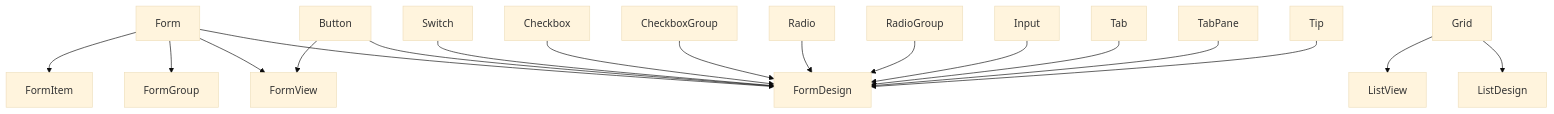
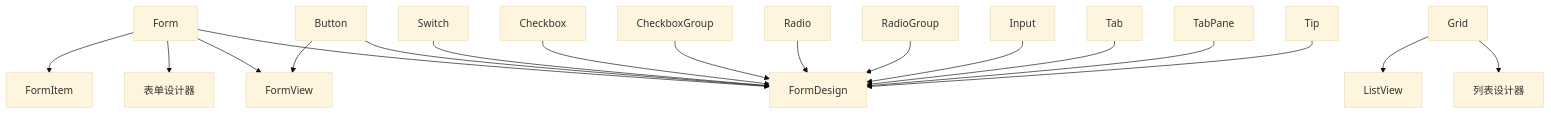
The fourth of 4 diagrams in framework.md (x-extends/vxe-ui-docs), drawn with Mermaid (base theme) before and after one commit. The commit also changed other lines of this file, not shown here.

````diff
--- a/framework.md
+++ b/framework.md
@@ -71,20 +71,20 @@
 ```mermaid
 graph TD;
-    Form-->FormGroup;
+    Form-->FormGroup[表单设计器];
     Form-->FormItem;
     Form-->FormDesign;
     Button-->FormDesign;
     Switch-->FormDesign;
     Checkbox-->FormDesign;
     CheckboxGroup-->FormDesign;
     Radio-->FormDesign;
     RadioGroup-->FormDesign;
     Input-->FormDesign;
     Tab-->FormDesign;
     TabPane-->FormDesign;
     Tip-->FormDesign;
     Form-->FormView;
     Button-->FormView;
-    Grid-->ListDesign;
+    Grid-->ListDesign[列表设计器];
     Grid-->ListView;
 ```
````
